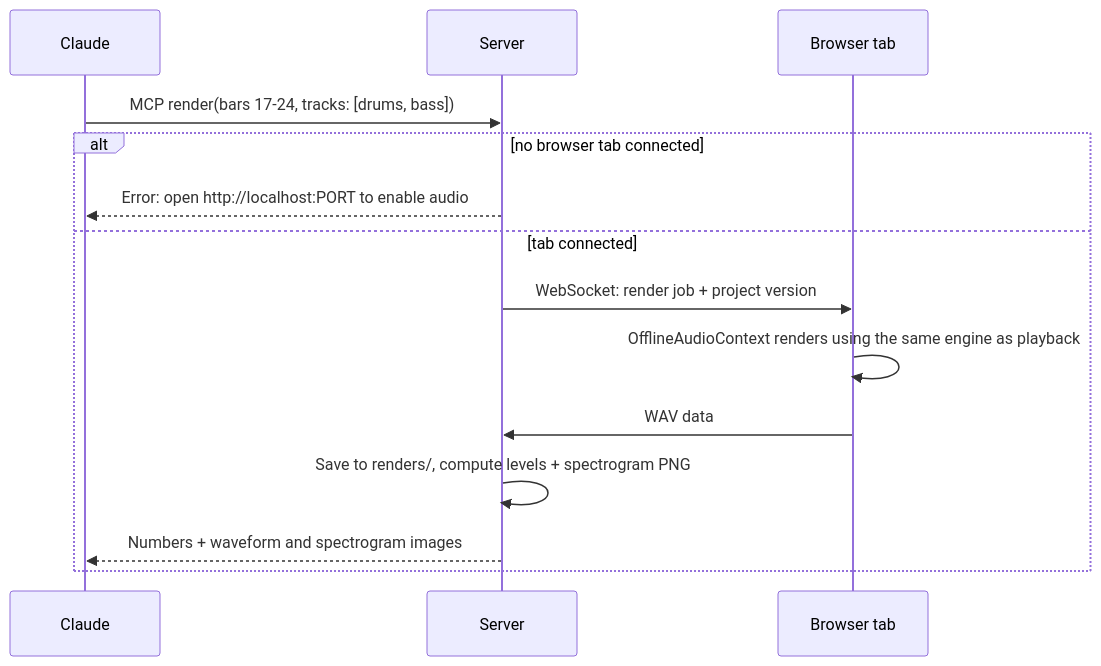
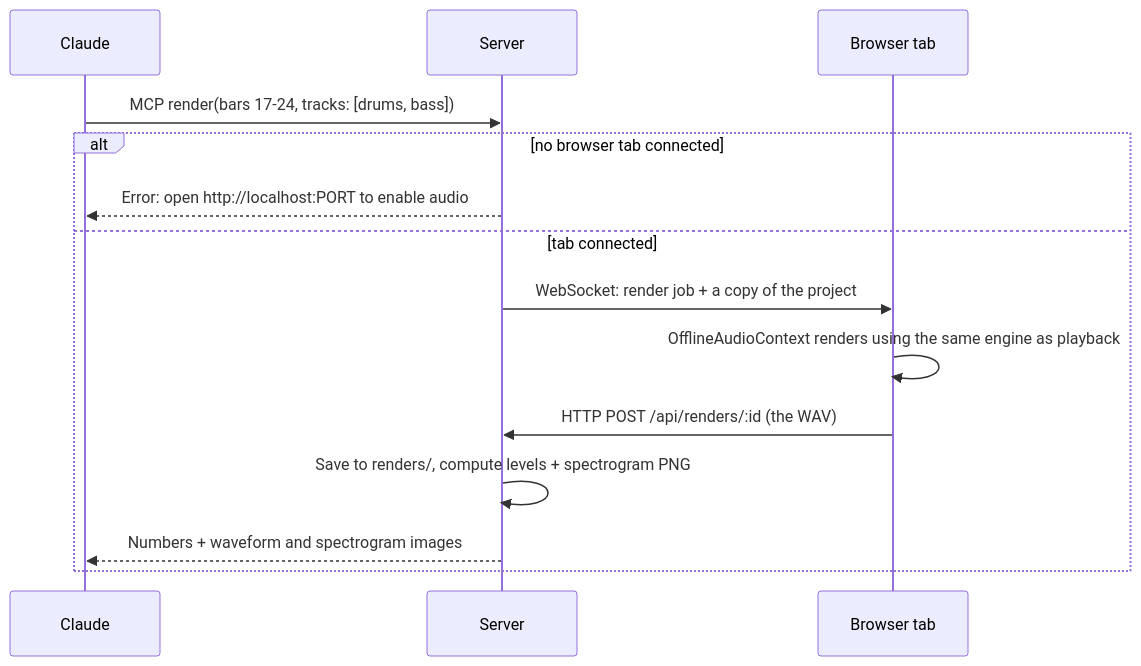
The fourth of 5 diagrams in docs/architecture.md (hortfrancis/auto-daw-01), drawn with Mermaid before and after one commit. The commit also changed other lines of this file and 21 other files, not shown here.

First line of the commit message:
feat(render): render the song offline in the browser and save a WAV

````diff
--- a/docs/architecture.md
+++ b/docs/architecture.md
@@ -171,17 +172,17 @@
 ```mermaid
 sequenceDiagram
     participant C as Claude
     participant S as Server
     participant B as Browser tab
 
     C->>S: MCP render(bars 17-24, tracks: [drums, bass])
     alt no browser tab connected
         S-->>C: Error: open http://localhost:PORT to enable audio
     else tab connected
-        S->>B: WebSocket: render job + project version
+        S->>B: WebSocket: render job + a copy of the project
         B->>B: OfflineAudioContext renders using the same engine as playback
-        B->>S: WAV data
+        B->>S: HTTP POST /api/renders/:id (the WAV)
         S->>S: Save to renders/, compute levels + spectrogram PNG
         S-->>C: Numbers + waveform and spectrogram images
     end
 ```
````
